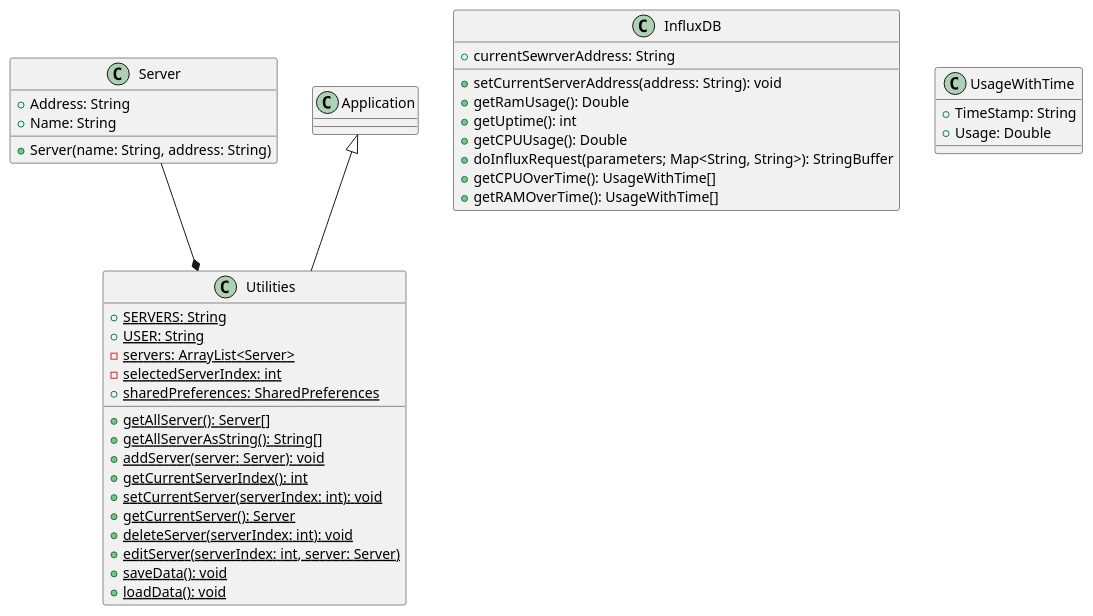
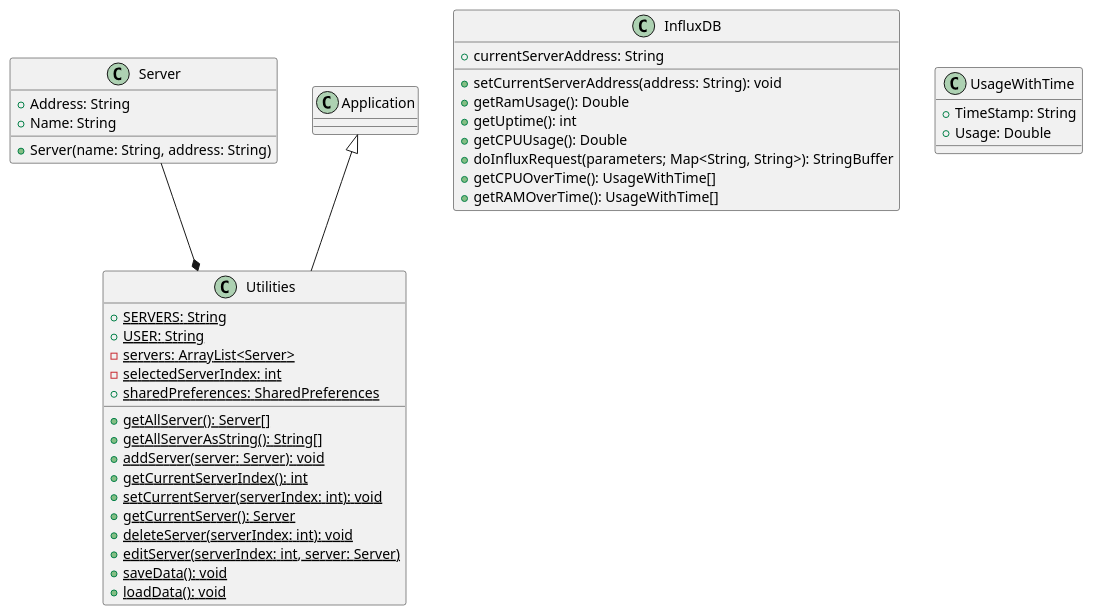
The diagram in doc/puml/src/classes.puml (ILikeBananas/ILBSYS_android), drawn with PlantUML before and after one commit.

Commit message:
Correct little uml error

```diff
--- a/doc/puml/src/classes.puml
+++ b/doc/puml/src/classes.puml
@@ -2,49 +2,49 @@
 @startuml
 
 class Server {
     + Address: String
     + Name: String
 
     + Server(name: String, address: String)
 }
 
 class InfluxDB {
-    + currentSewrverAddress: String
+    + currentServerAddress: String
 
     + setCurrentServerAddress(address: String): void
     + getRamUsage(): Double
     + getUptime(): int
     + getCPUUsage(): Double
     + doInfluxRequest(parameters; Map<String, String>): StringBuffer
     + getCPUOverTime(): UsageWithTime[]
     + getRAMOverTime(): UsageWithTime[]
 }
 
 class Utilities extends Application {
     + {static} SERVERS: String
     + {static} USER: String
     - {static} servers: ArrayList<Server>
     - {static} selectedServerIndex: int
     + {static} sharedPreferences: SharedPreferences
 
     + {static} getAllServer(): Server[]
     + {static} getAllServerAsString(): String[]
     + {static} addServer(server: Server): void
     + {static} getCurrentServerIndex(): int
     + {static} setCurrentServer(serverIndex: int): void
     + {static} getCurrentServer(): Server
     + {static} deleteServer(serverIndex: int): void
     + {static} editServer(serverIndex: int, server: Server)
     + {static} saveData(): void
     + {static} loadData(): void
 }
 
 class UsageWithTime {
     + TimeStamp: String
     + Usage: Double
 }
 
 
 Server --* Utilities
 
 @enduml
```
